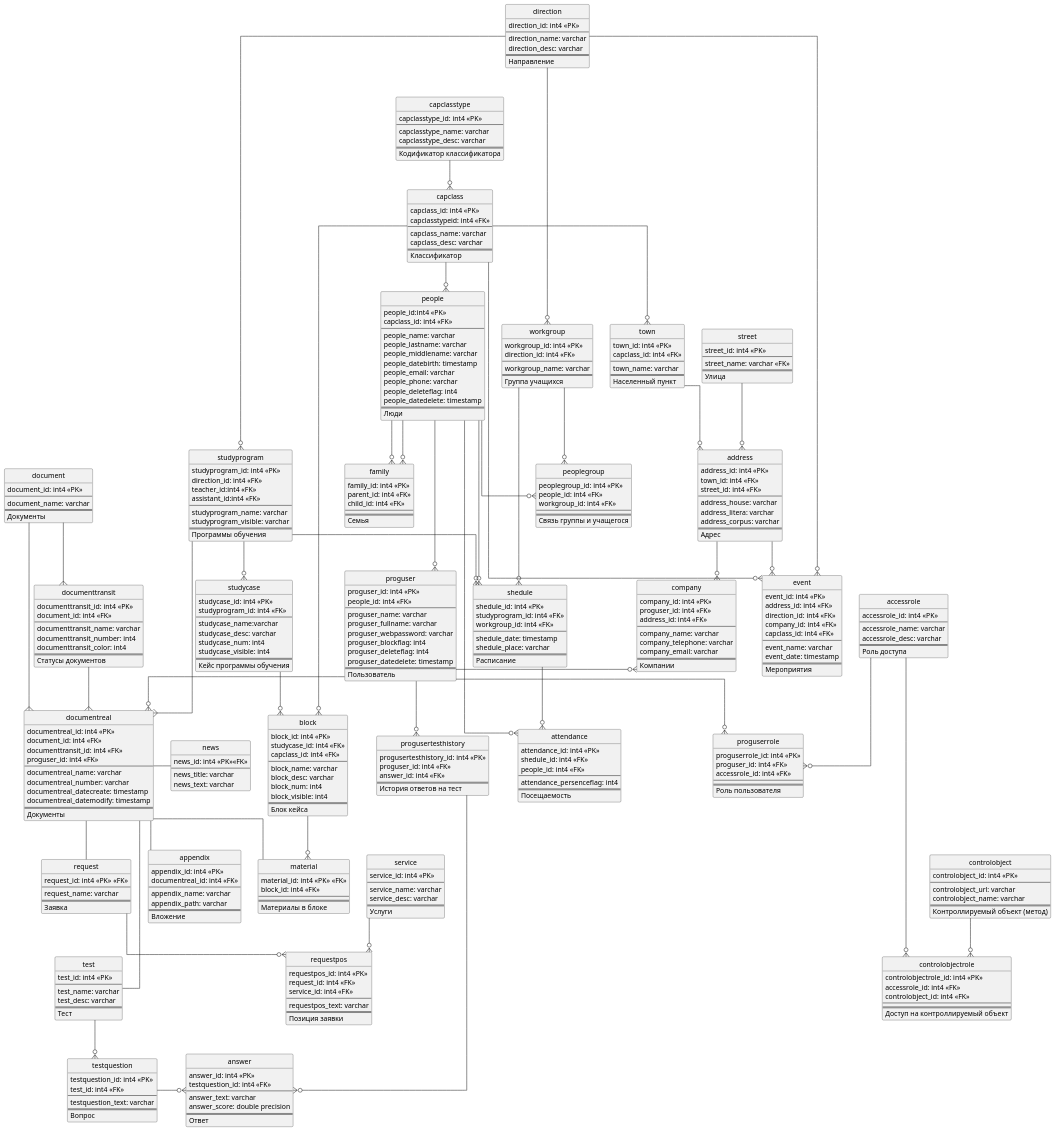
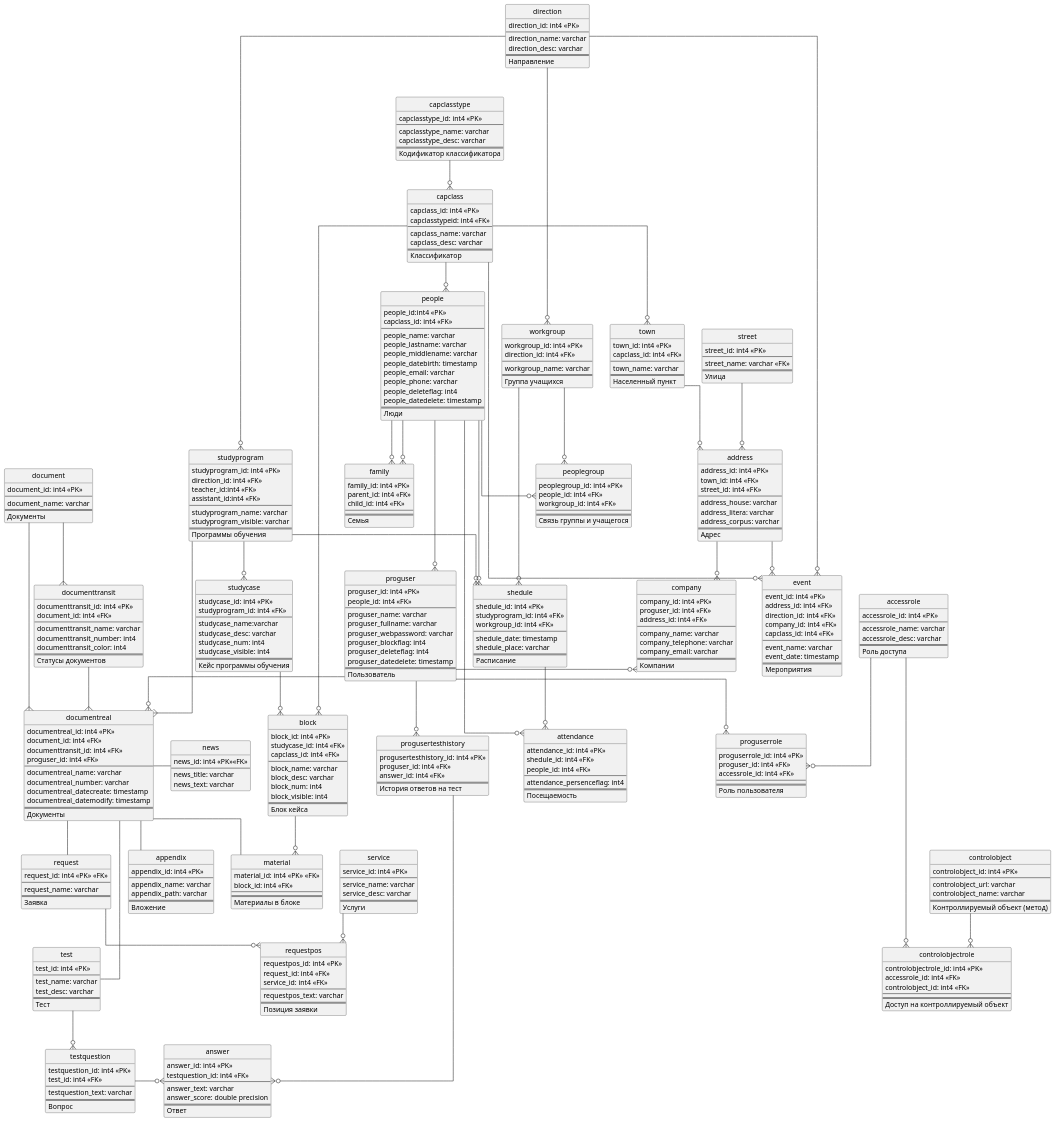
Before and after one commit to Skeletoshka/spring-core-backend: the diagram in docs/er-diagram.puml, drawn with PlantUML.

Commit message:
small fix

```diff
--- a/docs/er-diagram.puml
+++ b/docs/er-diagram.puml
@@ -96,7 +96,6 @@
 }
 entity appendix{
     appendix_id: int4 <<PK>>
-    documentreal_id: int4 <<FK>>
     --
     appendix_name: varchar
     appendix_path: varchar
```
